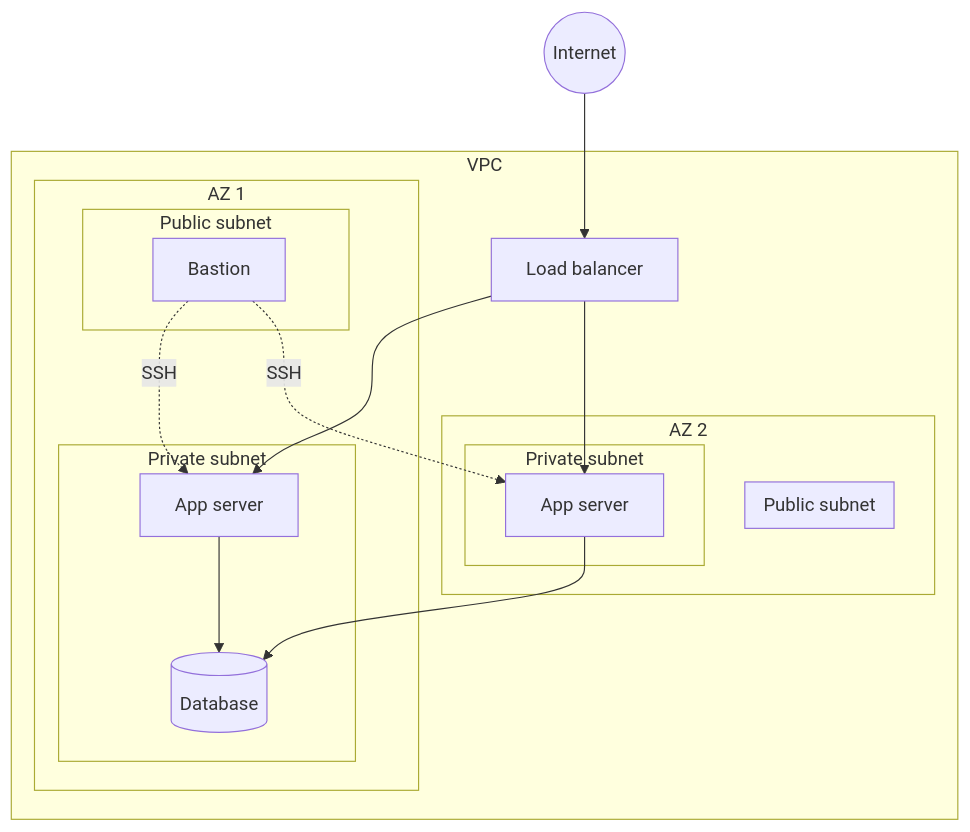
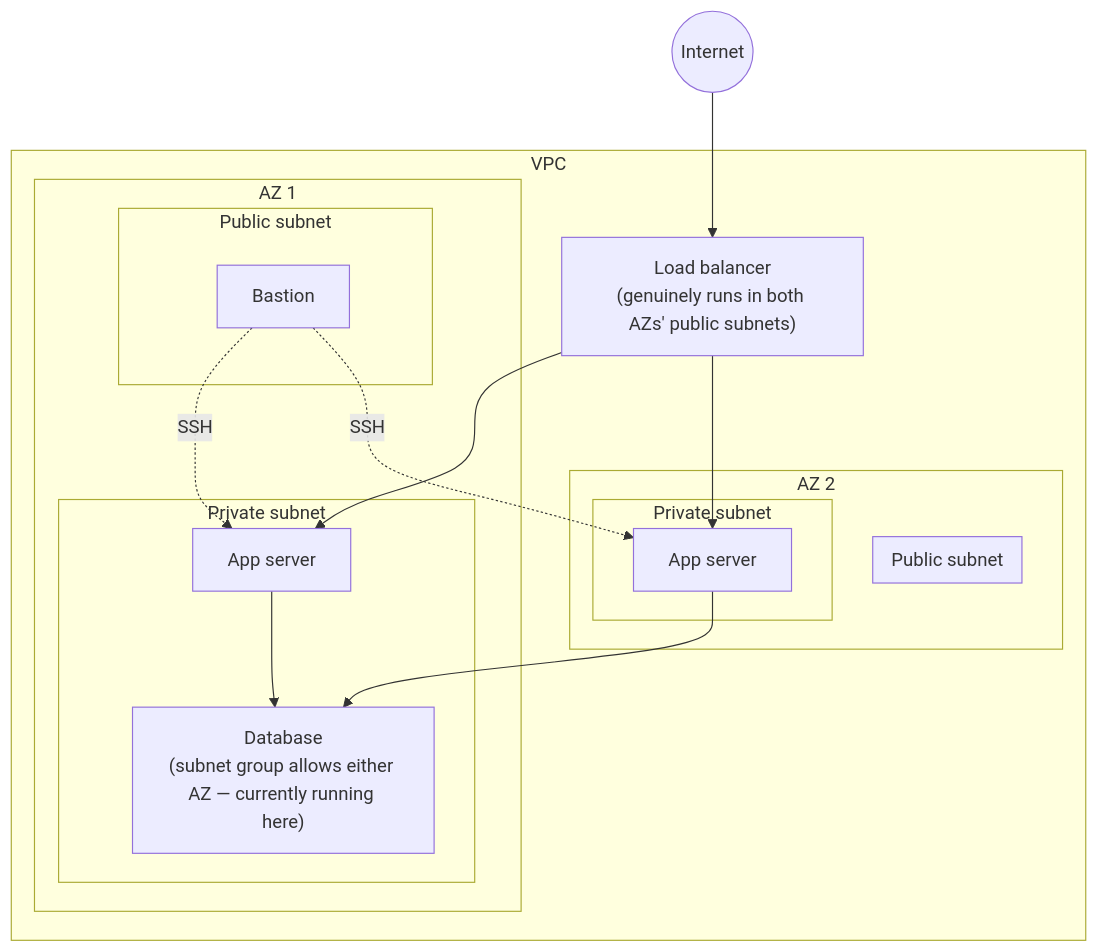
One commit to Duna-Devo/Cloud-devops-portfolio changed the second of 2 diagrams in README.md. Above: the diagram before and after it, drawn with Mermaid. The commit also changed other lines of this file, not shown here.

Commit message:
Fix Stage 1 diagram

````diff
--- a/README.md
+++ b/README.md
@@ -52,29 +52,29 @@
 ```mermaid
 flowchart TB
-    Internet((Internet)) --> LB[Load balancer]
+    Internet((Internet)) --> LB["Load balancer<br/>(genuinely runs in both AZs' public subnets)"]
     subgraph VPC
         LB
         subgraph AZ1["AZ 1"]
             subgraph Pub1["Public subnet"]
                 Bastion[Bastion]
             end
             subgraph Priv1["Private subnet"]
                 App1[App server]
-                DB[(Database)]
+                DB["Database<br/>(subnet group allows either AZ — currently running here)"]
             end
         end
         subgraph AZ2["AZ 2"]
             subgraph Pub2["Public subnet"]
             end
             subgraph Priv2["Private subnet"]
                 App2[App server]
             end
         end
     end
     LB --> App1
     LB --> App2
     Bastion -.SSH.-> App1
     Bastion -.SSH.-> App2
     App1 --> DB
     App2 --> DB
 ```
````
